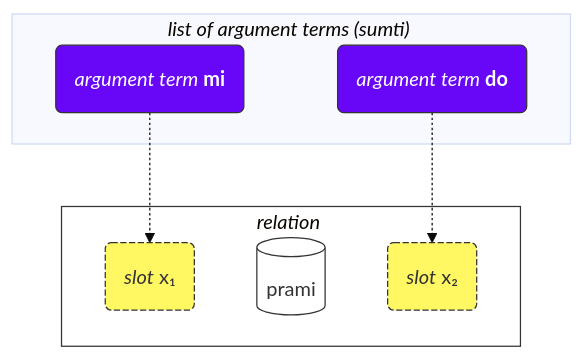
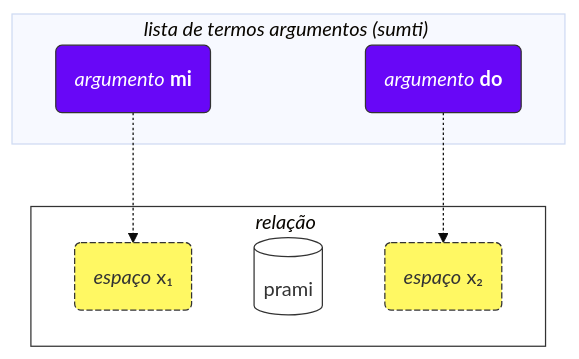
Before and after one commit to La-Lojban/lojban.pw: the first of 2 diagrams in data/pages/pt/books/learn-lojban/!2.md, drawn with Mermaid (base theme). The commit also changed 1 other file, not shown here.

Commit message:
fix: 🐛 update Portuguese and Russian translations for clarity and consistency in Lojban learning materials

````diff
--- a/data/pages/pt/books/learn-lojban/!2.md
+++ b/data/pages/pt/books/learn-lojban/!2.md
@@ -87,29 +87,29 @@
 ```mermaid
 flowchart TB
     %%common settings
-    subgraph bridi["<i>relation</i>#nbsp;"]
-        x1("<i>slot</i> x#8321;")
+    subgraph bridi["<i>relação</i>#nbsp;"]
+        x1("<i>espaço</i> x#8321;")
         selbri
-        x2("<i>slot</i> x#8322;")
+        x2("<i>espaço</i> x#8322;")
     end
-    subgraph sumti["<i>list of argument terms (sumti)</i>#nbsp;"]
+    subgraph sumti["<i>lista de termos argumentos (sumti)</i>#nbsp;"]
         s1-.->x1
         s2-.->x2
     end
     classDef s fill:#6807F7,stroke:#333,stroke-width:1px,color:#fff;
     class s1 s;
     class s2 s;
     classDef x fill:#FFF863,stroke:#333,stroke-width:1px,stroke-dasharray: 5 2;
     class x1 x;
     class x2 x;
     classDef blabi fill:#fff,stroke:#333;
     class selbri blabi;
     class bridi blabi;
 
     %% input your sumti:
-    s1("<i>argument term</i> <b>mi</b>")
-    s2("<i>argument term</i> <b>do</b>")
+    s1("<i>argumento</i> <b>mi</b>")
+    s2("<i>argumento</i> <b>do</b>")
     %% input your selbri
     selbri[(prami)]
 
 ```
````
